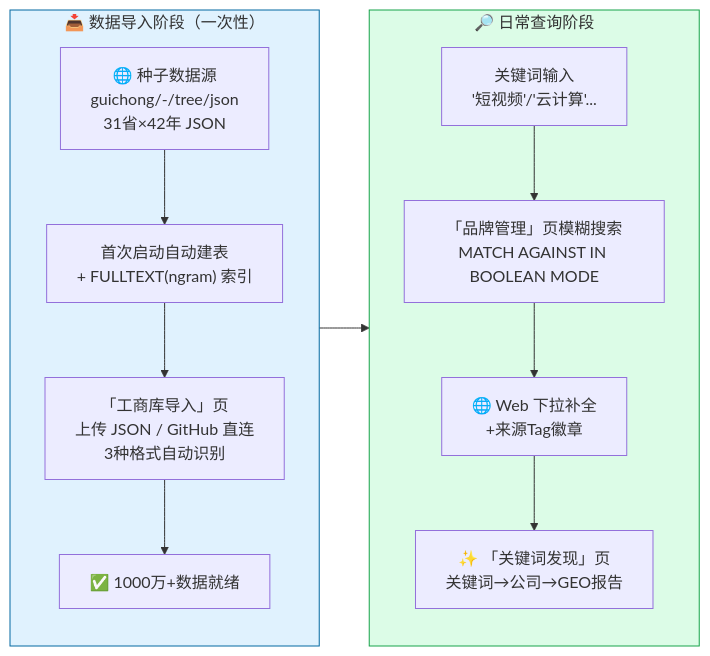
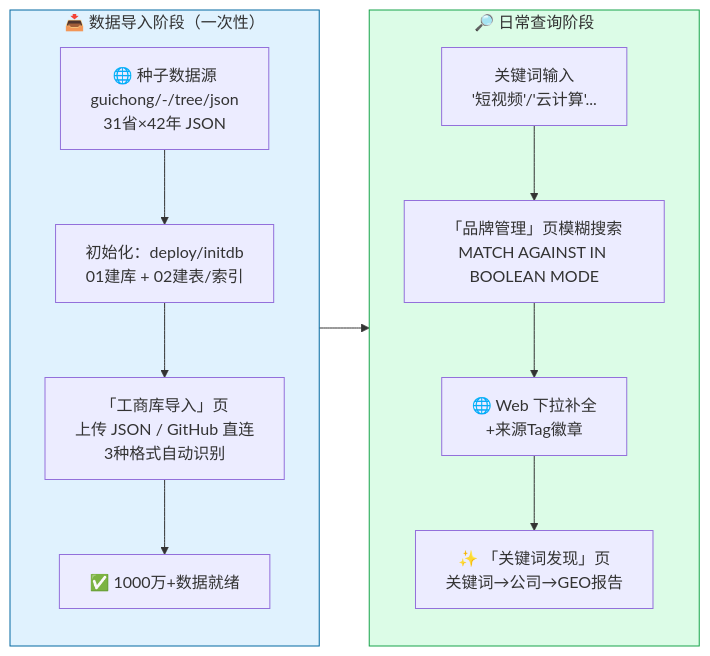
Before and after one commit to deep2code/geo: diagram 22 of 29 in docs/getting-started.md, drawn with Mermaid. The commit also changed other lines of this file and 36 other files, not shown here.

````diff
--- a/docs/getting-started.md
+++ b/docs/getting-started.md
@@ -719,22 +719,22 @@
 ```mermaid
 flowchart LR
     subgraph INGEST["📥 数据导入阶段（一次性）"]
         direction TB
         SRC["🌐 种子数据源<br/>guichong/-/tree/json<br/>31省×42年 JSON"]
-        SRC --> INIT["首次启动自动建表<br/>+ FULLTEXT(ngram) 索引"]
+        SRC --> INIT["初始化：deploy/initdb<br/>01建库 + 02建表/索引"]
         INIT --> IMP["「工商库导入」页<br/>上传 JSON / GitHub 直连<br/>3种格式自动识别"]
         IMP --> READY["✅ 1000万+数据就绪"]
     end
 
     subgraph USAGE["🔎 日常查询阶段"]
         direction TB
         QRY["关键词输入<br/>'短视频'/'云计算'..."] --> SEARCH["「品牌管理」页模糊搜索<br/>MATCH AGAINST IN BOOLEAN MODE"]
         SEARCH --> AUTO["🌐 Web 下拉补全<br/>+来源Tag徽章"]
         AUTO --> DISCOVER["✨ 「关键词发现」页<br/>关键词→公司→GEO报告"]
     end
 
     INGEST --> USAGE
 
     style INGEST fill:#e0f2fe,stroke:#0369a1
     style USAGE fill:#dcfce7,stroke:#16a34a
 ```
````
